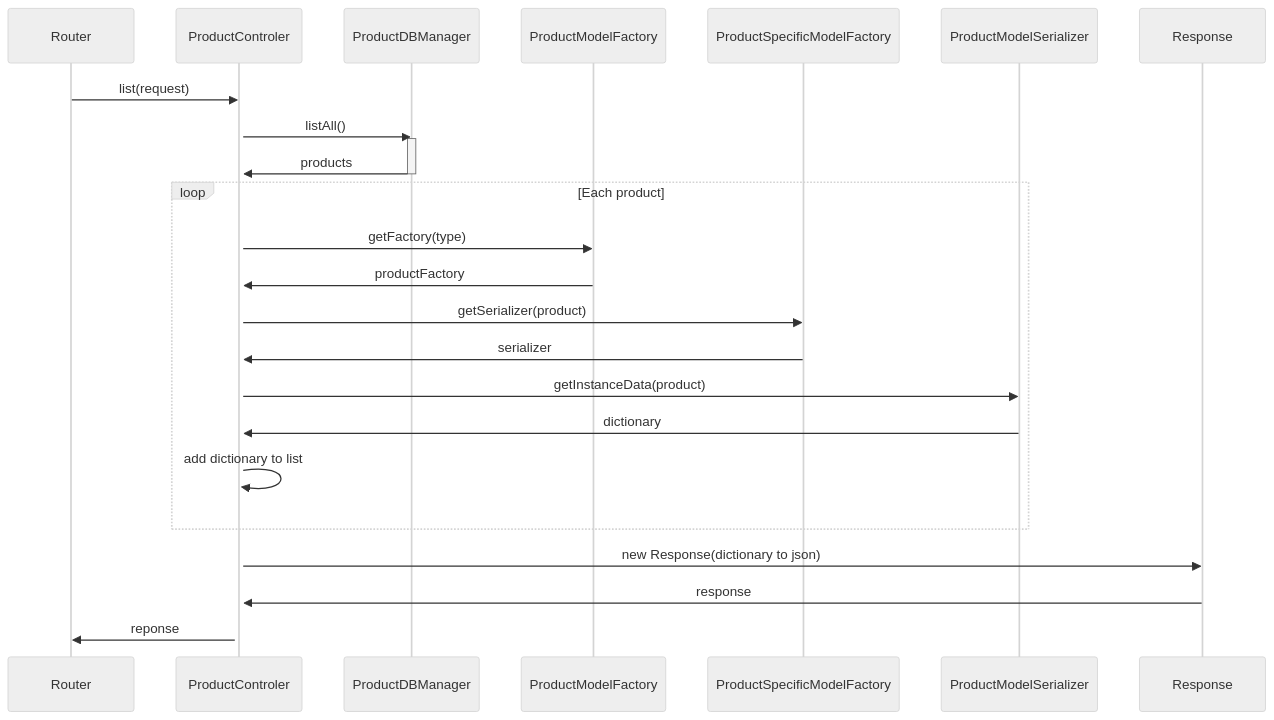
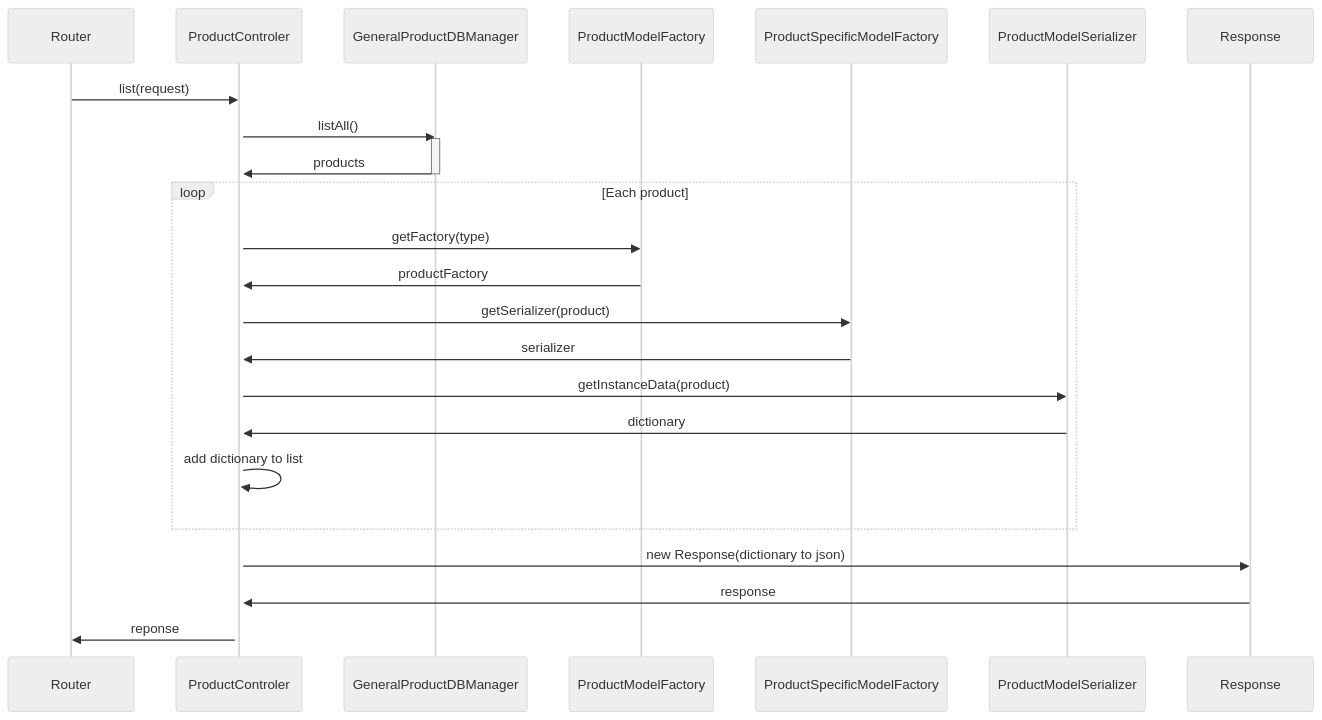
One commit to laercioigorps/scandiweb-awesome-ecommerce-backend changed the diagram in docs/listProductsSequence.md. Above: the diagram before and after it, drawn with Mermaid (neutral theme). The commit also changed 3 other files, not shown here.

Commit message:
update name of the class ProductDBManager to GeneralProductsDBManager

````diff
--- a/docs/listProductsSequence.md
+++ b/docs/listProductsSequence.md
@@ -1,28 +1,28 @@
 ```mermaid
 
 sequenceDiagram
     Router->>ProductControler : list(request)
     activate ProductControler
 
-    ProductControler->>ProductDBManager : listAll()
-    activate ProductDBManager
-    ProductDBManager->>ProductControler : products
-    deactivate ProductDBManager
+    ProductControler->>GeneralProductDBManager : listAll()
+    activate GeneralProductDBManager
+    GeneralProductDBManager->>ProductControler : products
+    deactivate GeneralProductDBManager
 
 
     loop Each product
         ProductControler->>ProductModelFactory : getFactory(type)
         ProductModelFactory->>ProductControler : productFactory
         ProductControler->>ProductSpecificModelFactory : getSerializer(product)
         ProductSpecificModelFactory->>ProductControler : serializer
 
         ProductControler->>ProductModelSerializer : getInstanceData(product)
         ProductModelSerializer->>ProductControler : dictionary
         ProductControler->>ProductControler : add dictionary to list
     end
     ProductControler->>Response : new Response(dictionary to json)
     Response->>ProductControler : response
     ProductControler->>Router : reponse
 
 
 ```
````
